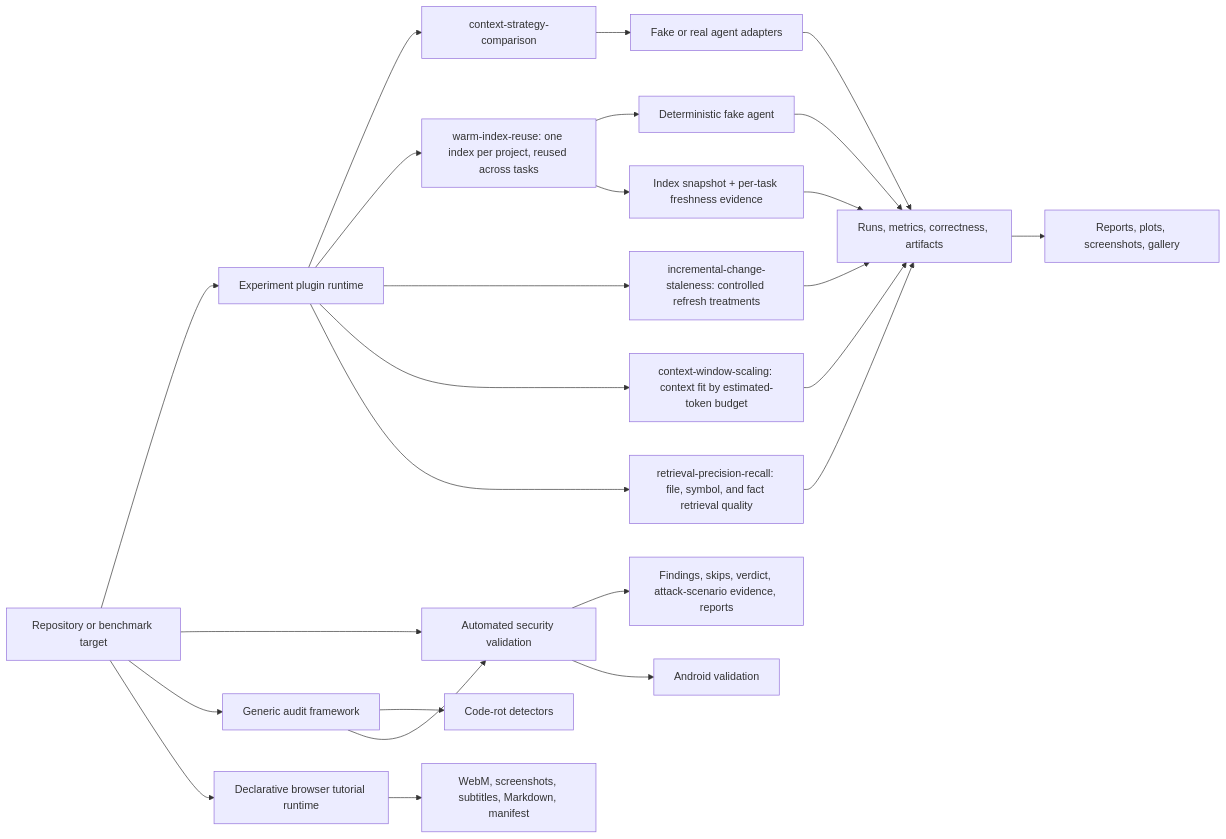
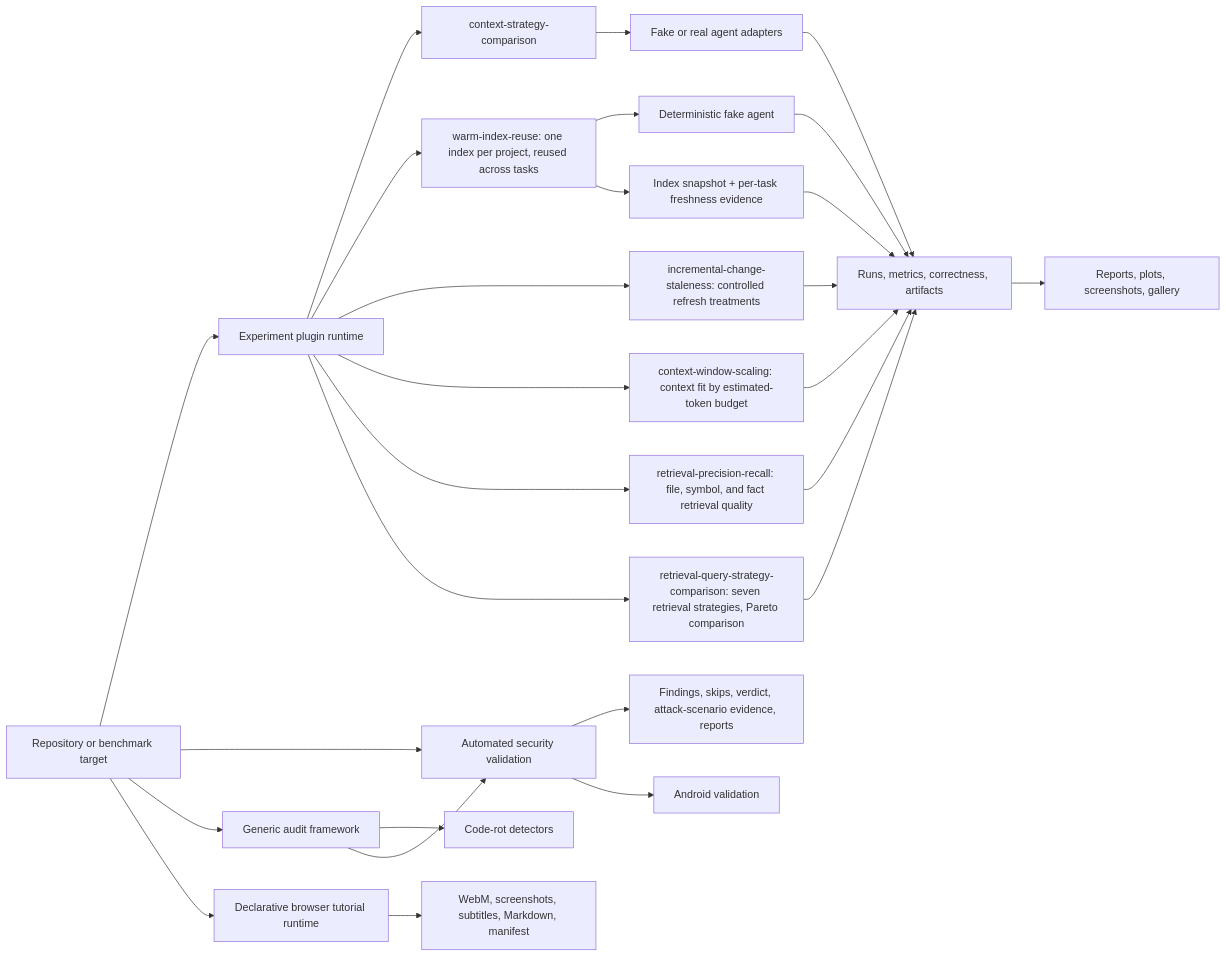
One commit to dailephd/my-dev-kit-lab changed the diagram in docs/PROJECT_OVERVIEW.md. Above: the diagram before and after it, drawn with Mermaid. The commit also changed other lines of this file and 65 other files, not shown here.

Commit message:
feat: implement v0.8.1 retrieval query strategy comparison

````diff
--- a/docs/PROJECT_OVERVIEW.md
+++ b/docs/PROJECT_OVERVIEW.md
@@ -53,30 +57,32 @@
 ```mermaid
 flowchart LR
   Target[Repository or benchmark target] --> Experiment[Experiment plugin runtime]
   Experiment --> Plugin[context-strategy-comparison]
   Experiment --> WarmPlugin[warm-index-reuse: one index per project, reused across tasks]
   Experiment --> StalenessPlugin[incremental-change-staleness: controlled refresh treatments]
   Experiment --> ScalingPlugin[context-window-scaling: context fit by estimated-token budget]
   Experiment --> RetrievalPlugin[retrieval-precision-recall: file, symbol, and fact retrieval quality]
+  Experiment --> StrategyPlugin[retrieval-query-strategy-comparison: seven retrieval strategies, Pareto comparison]
   Plugin --> Agents[Fake or real agent adapters]
   WarmPlugin --> FakeAgent[Deterministic fake agent]
   StalenessPlugin --> Evidence
   ScalingPlugin --> Evidence
   RetrievalPlugin --> Evidence
+  StrategyPlugin --> Evidence
   FakeAgent --> Evidence
   WarmPlugin --> IndexSnapshotFreshness[Index snapshot + per-task freshness evidence]
   IndexSnapshotFreshness --> Evidence
   Agents --> Evidence[Runs, metrics, correctness, artifacts]
   Evidence --> Reports[Reports, plots, screenshots, gallery]
 
   Target --> Security[Automated security validation]
   Security --> SecurityEvidence[Findings, skips, verdict, attack-scenario evidence, reports]
   Security --> Android[Android validation]
 
   Target --> Audit[Generic audit framework]
   Audit --> CodeRot[Code-rot detectors]
   Audit --> Security
 
   Target --> Tutorial[Declarative browser tutorial runtime]
   Tutorial --> TutorialEvidence[WebM, screenshots, subtitles, Markdown, manifest]
 ```
````
